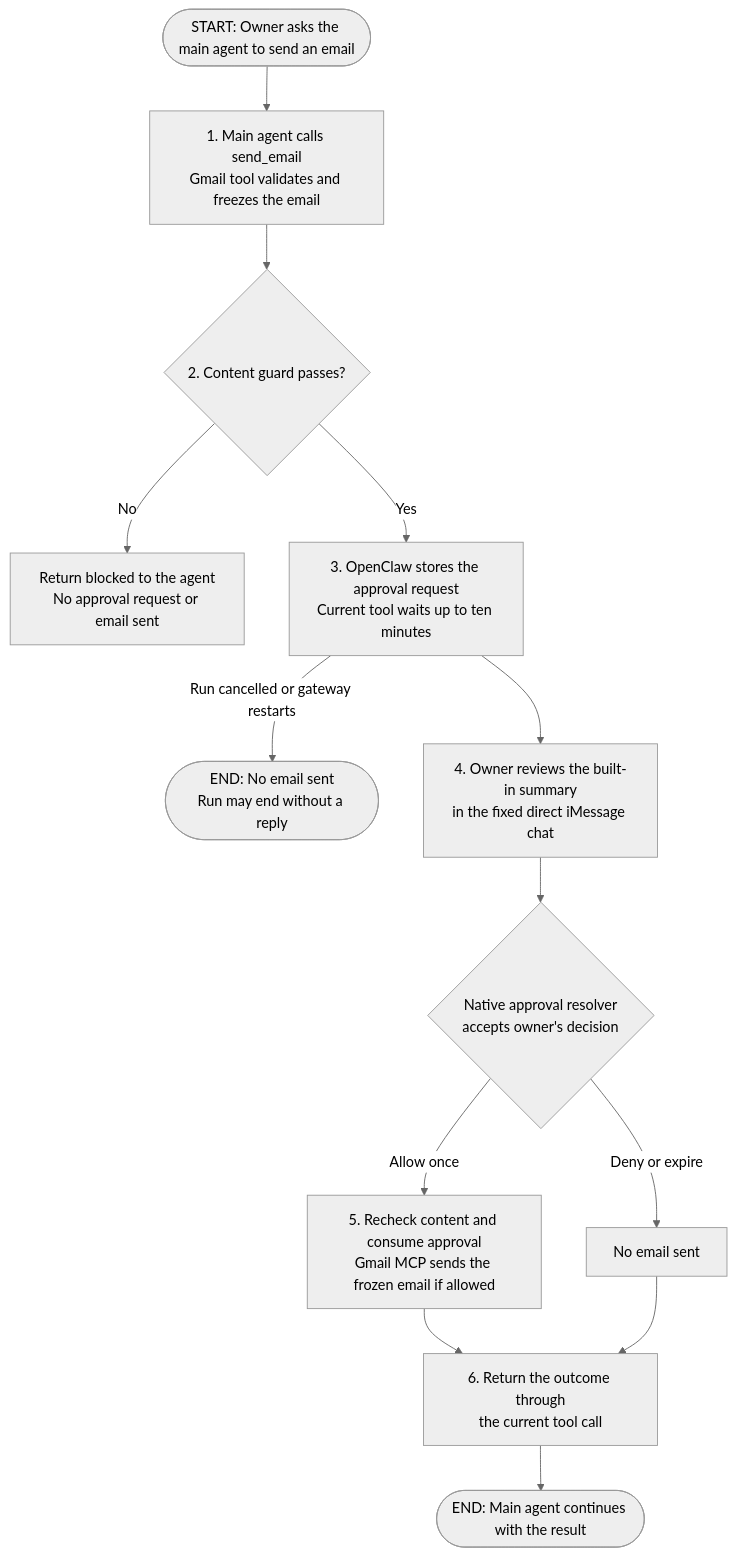
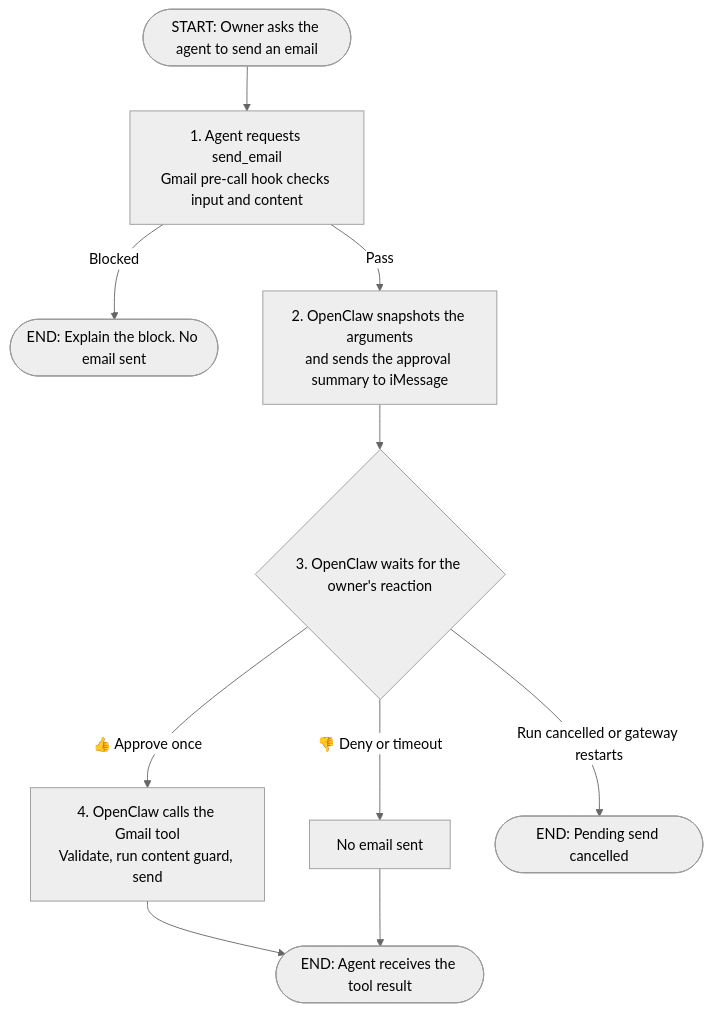
The diagram in docs/plans/todoist-68-asynchronous-tool-approvals.md (coletaylor788/puddles), drawn with Mermaid (neutral theme) before and after one commit. The commit also changed other lines of this file and 1 other file, not shown here.

Commit message:
Simplify Gmail design around native argument snapshots

````diff
--- a/docs/plans/todoist-68-asynchronous-tool-approvals.md
+++ b/docs/plans/todoist-68-asynchronous-tool-approvals.md
@@ -26,16 +17,13 @@
 ```mermaid
 flowchart TD
-    Start(["START: Owner asks the main agent to send an email"])
-    Start --> Prepare["1. Main agent calls send_email<br/>Gmail tool validates and freezes the email"]
-    Prepare --> Guards{"2. Content guard passes?"}
-    Guards -->|"No"| Blocked["Return blocked to the agent<br/>No approval request or email sent"]
-    Guards -->|"Yes"| Pending["3. OpenClaw stores the approval request<br/>Current tool waits up to ten minutes"]
-    Pending -->|"Run cancelled or gateway restarts"| Cancelled(["END: No email sent<br/>Run may end without a reply"])
-    Pending --> Review["4. Owner reviews the built-in summary<br/>in the fixed direct iMessage chat"]
-    Review --> Decision{"Native approval resolver<br/>accepts owner's decision"}
-    Decision -->|"Allow once"| Send["5. Recheck content and consume approval<br/>Gmail MCP sends the frozen email if allowed"]
-    Decision -->|"Deny or expire"| NoSend["No email sent"]
-    Send --> Result["6. Return the outcome through<br/>the current tool call"]
+    Start(["START: Owner asks the agent to send an email"])
+    Start --> Hook["1. Agent requests send_email<br/>Gmail pre-call hook checks input and content"]
+    Hook -->|"Blocked"| Blocked(["END: Explain the block. No email sent"])
+    Hook -->|"Pass"| Approval["2. OpenClaw snapshots the arguments<br/>and sends the approval summary to iMessage"]
+    Approval --> Wait{"3. OpenClaw waits for the owner's reaction"}
+    Wait -->|"👍 Approve once"| Send["4. OpenClaw calls the Gmail tool<br/>Validate, run content guard, send"]
+    Wait -->|"👎 Deny or timeout"| NoSend["No email sent"]
+    Wait -->|"Run cancelled or gateway restarts"| Cancelled(["END: Pending send cancelled"])
+    Send --> Result(["END: Agent receives the tool result"])
     NoSend --> Result
-    Result --> Resume(["END: Main agent continues with the result"])
 ```
````
